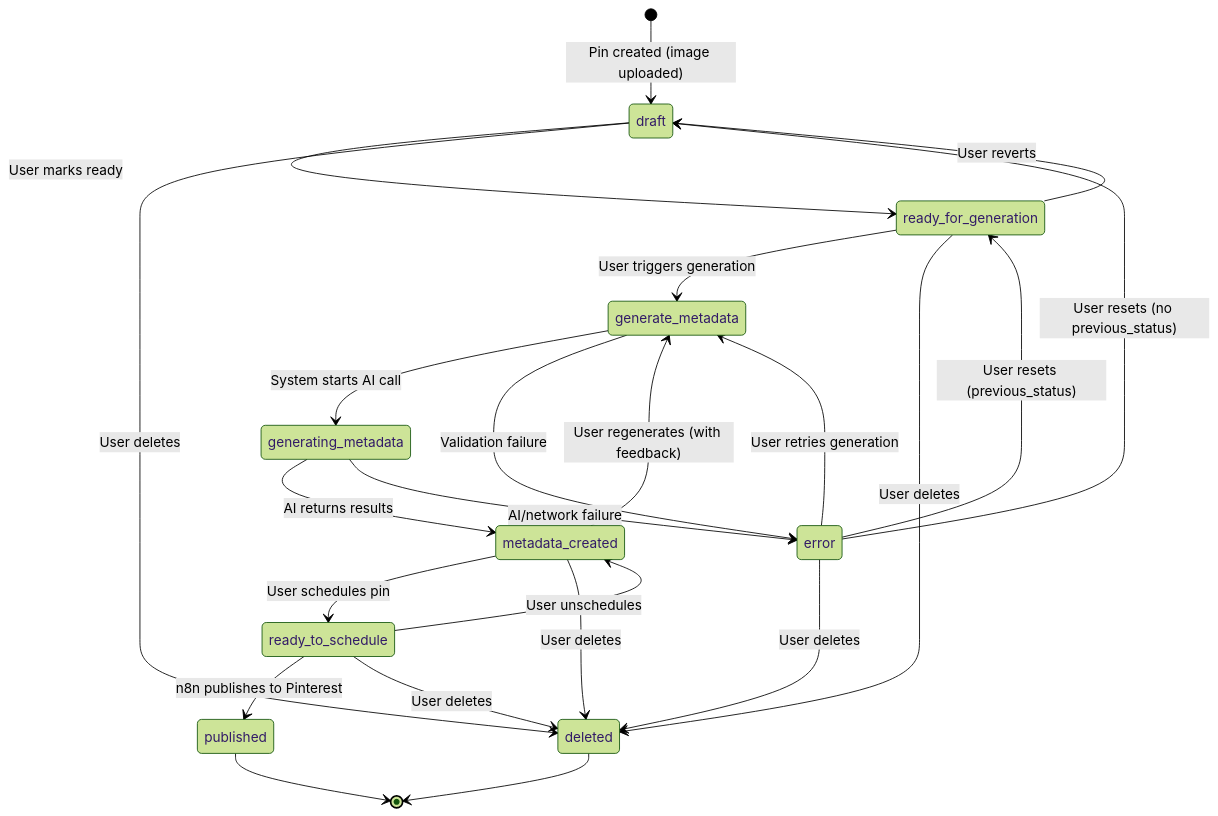
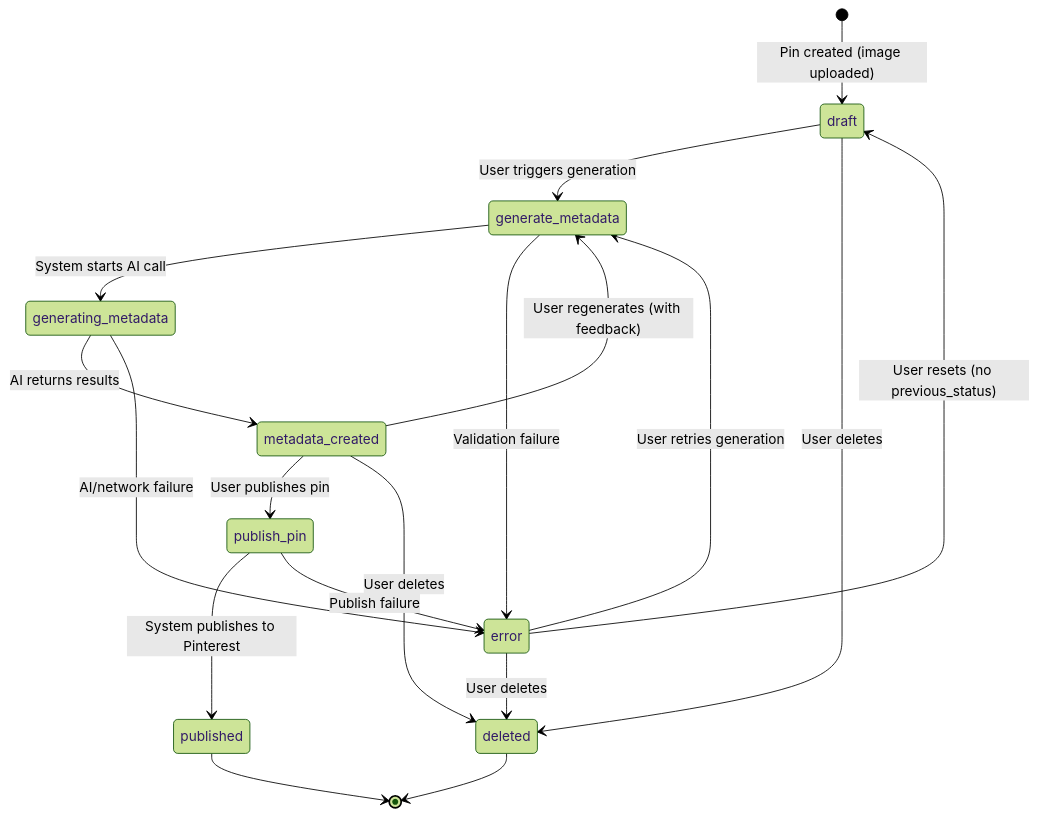
Before and after one commit to theaussie86/petra-pinterest: the diagram in .planning/pin-status-flow.md, drawn with Mermaid (forest theme). The commit also changed other lines of this file and 8 other files, not shown here.

First line of the commit message:
feat: add Supabase Edge Functions and simplify pin status flow

````diff
--- a/.planning/pin-status-flow.md
+++ b/.planning/pin-status-flow.md
@@ -5,34 +5,28 @@
 ```mermaid
 stateDiagram-v2
     [*] --> draft : Pin created (image uploaded)
 
-    draft --> ready_for_generation : User marks ready
+    draft --> generate_metadata : User triggers generation
     draft --> deleted : User deletes
-
-    ready_for_generation --> generate_metadata : User triggers generation
-    ready_for_generation --> draft : User reverts
-    ready_for_generation --> deleted : User deletes
 
     generate_metadata --> generating_metadata : System starts AI call
     generate_metadata --> error : Validation failure
 
     generating_metadata --> metadata_created : AI returns results
     generating_metadata --> error : AI/network failure
 
     metadata_created --> generate_metadata : User regenerates (with feedback)
-    metadata_created --> ready_to_schedule : User schedules pin
+    metadata_created --> publish_pin : User publishes pin
     metadata_created --> deleted : User deletes
 
-    ready_to_schedule --> published : n8n publishes to Pinterest
-    ready_to_schedule --> metadata_created : User unschedules
-    ready_to_schedule --> deleted : User deletes
+    publish_pin --> published : System publishes to Pinterest
+    publish_pin --> error : Publish failure
 
     published --> [*]
 
     error --> draft : User resets (no previous_status)
-    error --> ready_for_generation : User resets (previous_status)
     error --> generate_metadata : User retries generation
     error --> deleted : User deletes
 
     deleted --> [*]
 ```
````
